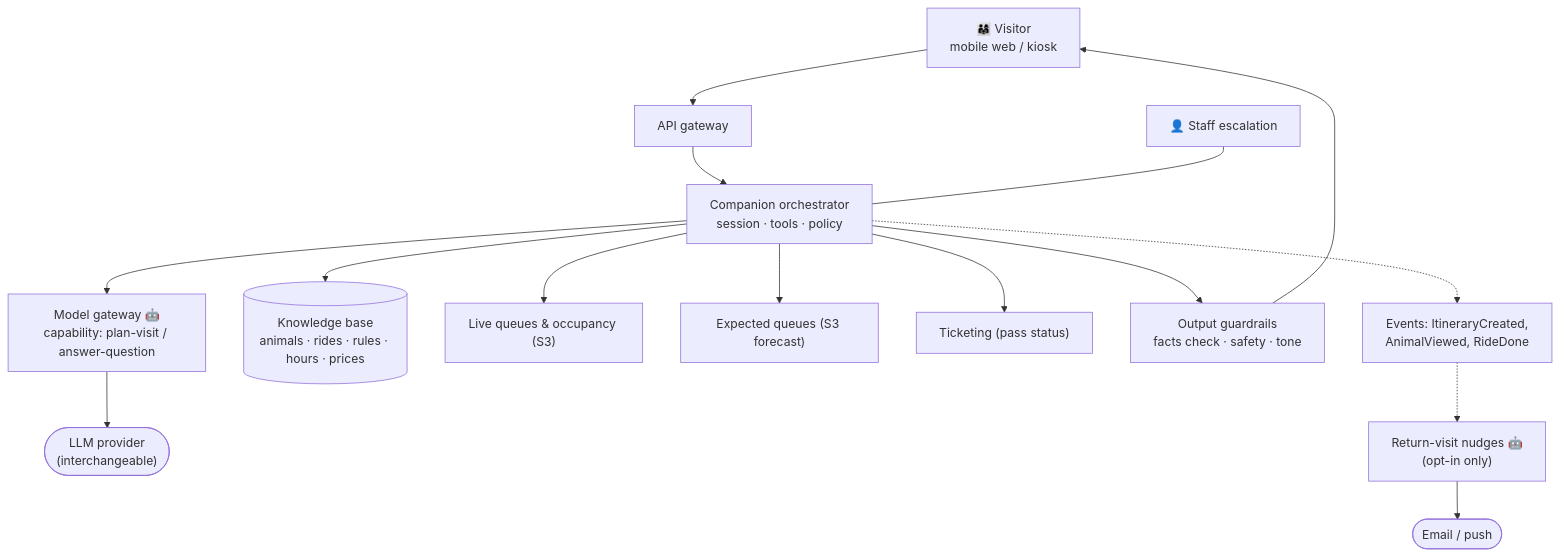
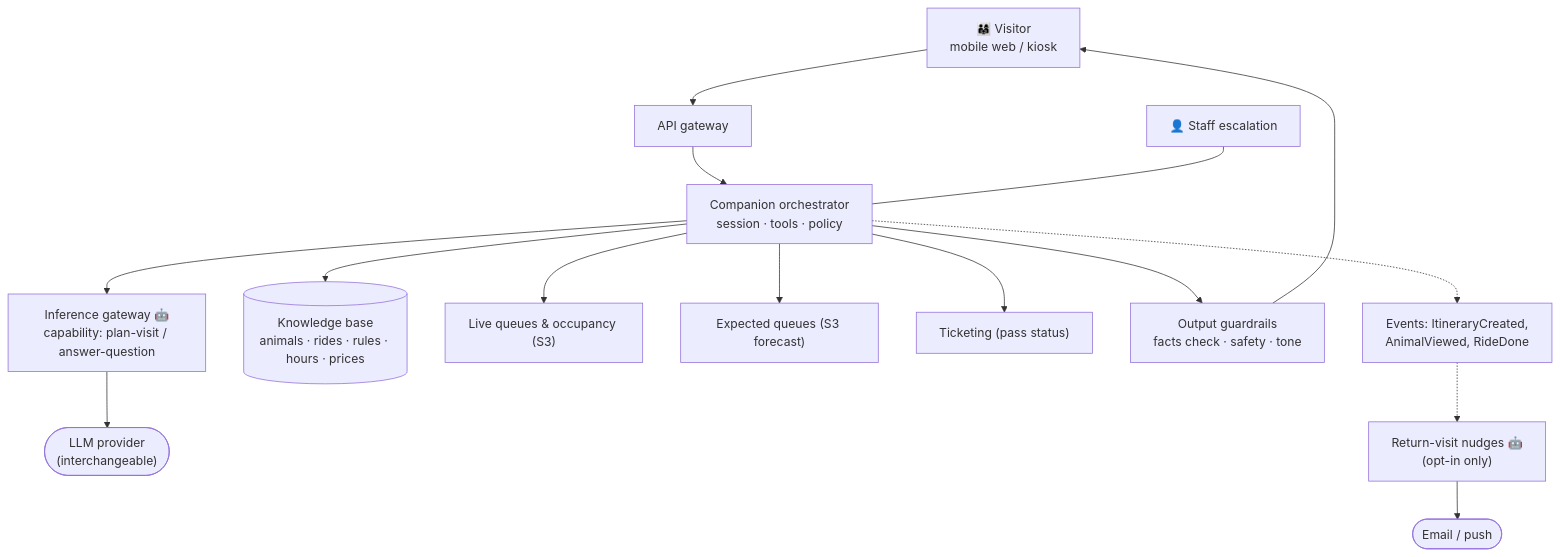
Before and after one commit to kr0k/katas: the diagram in hld/scenarios/guest-companion/README.md, drawn with Mermaid. The commit also changed other lines of this file and 25 other files, not shown here.

First line of the commit message:
docs: implement P1 eng-review tasks (roadmap, hybrid deployment, ticketing ADR, downlink, safety tiers, privacy, resilience)

````diff
--- a/hld/scenarios/guest-companion/README.md
+++ b/hld/scenarios/guest-companion/README.md
@@ -14,17 +15,17 @@
 ```mermaid
 flowchart TB
     V["👨‍👩‍👧 Visitor<br/>mobile web / kiosk"] --> BFF["API gateway"]
     BFF --> Orch["Companion orchestrator<br/>session · tools · policy"]
-    Orch --> GW["Model gateway 🤖<br/>capability: plan-visit / answer-question"]
+    Orch --> GW["Inference gateway 🤖<br/>capability: plan-visit / answer-question"]
     GW --> LLM(["LLM provider<br/>(interchangeable)"])
     Orch --> KB[("Knowledge base<br/>animals · rides · rules · hours · prices")]
     Orch --> Live["Live queues & occupancy (S3)"]
     Orch --> Fc["Expected queues (S3 forecast)"]
     Orch --> Tix["Ticketing (pass status)"]
     Orch --> Guard["Output guardrails<br/>facts check · safety · tone"]
     Guard --> V
     Orch -.-> Ev["Events: ItineraryCreated,<br/>AnimalViewed, RideDone"]
     Ev -.-> Nudge["Return-visit nudges 🤖<br/>(opt-in only)"]
     Nudge --> Msg(["Email / push"])
     Esc["👤 Staff escalation"] --- Orch
 ```
````
